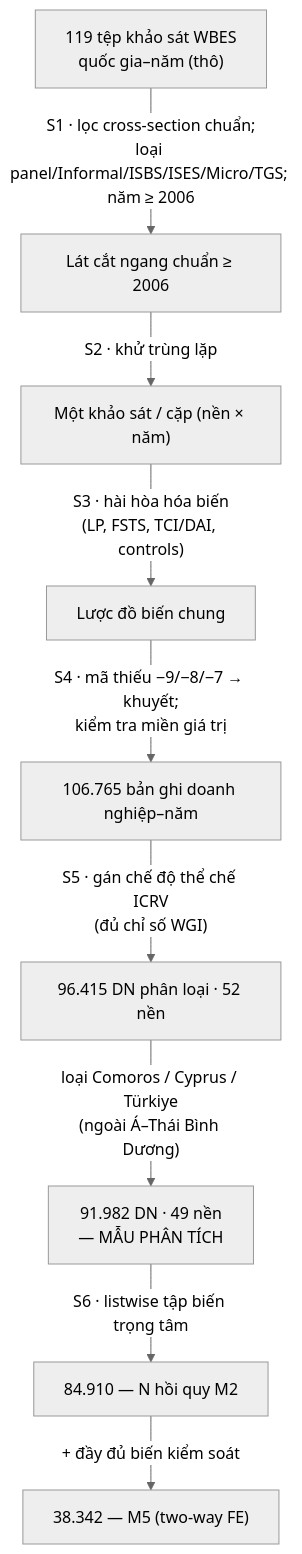
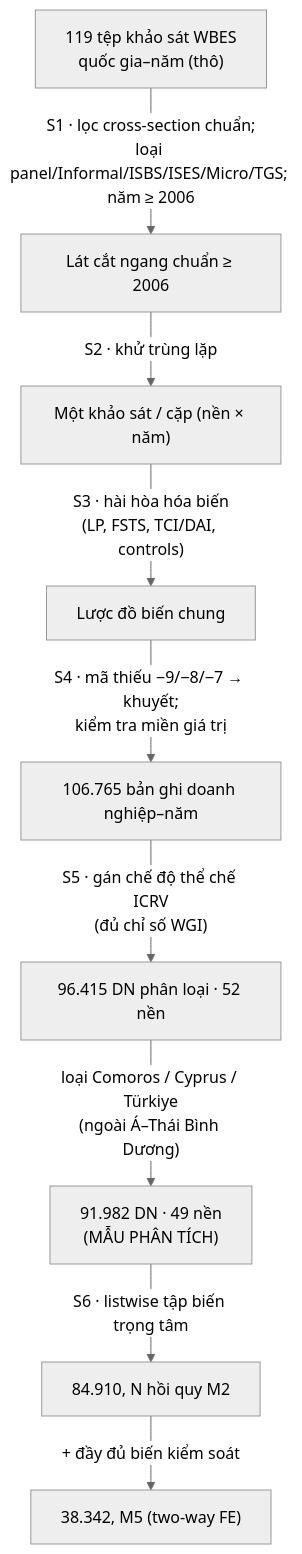
One commit to thuyhuongctu-cell/my_thesis_phd_candidate_26 changed the diagram in thesis/phu_luc_A_hop_nhat_du_lieu_vi.md. Above: the diagram before and after it, drawn with Mermaid (neutral theme). The commit also changed other lines of this file and 34 other files, not shown here.

````diff
--- a/thesis/phu_luc_A_hop_nhat_du_lieu_vi.md
+++ b/thesis/phu_luc_A_hop_nhat_du_lieu_vi.md
@@ -75,11 +75,11 @@
 ```mermaid
 flowchart TD
     A["119 tệp khảo sát WBES<br/>quốc gia–năm (thô)"] -->|"S1 · lọc cross-section chuẩn;<br/>loại panel/Informal/ISBS/ISES/Micro/TGS; năm ≥ 2006"| B["Lát cắt ngang chuẩn ≥ 2006"]
     B -->|"S2 · khử trùng lặp"| C["Một khảo sát / cặp (nền × năm)"]
     C -->|"S3 · hài hòa hóa biến<br/>(LP, FSTS, TCI/DAI, controls)"| D["Lược đồ biến chung"]
     D -->|"S4 · mã thiếu −9/−8/−7 → khuyết;<br/>kiểm tra miền giá trị"| E["106.765 bản ghi doanh nghiệp–năm"]
     E -->|"S5 · gán chế độ thể chế ICRV<br/>(đủ chỉ số WGI)"| F["96.415 DN phân loại · 52 nền"]
-    F -->|"loại Comoros / Cyprus / Türkiye<br/>(ngoài Á–Thái Bình Dương)"| G["91.982 DN · 49 nền<br/>— MẪU PHÂN TÍCH"]
-    G -->|"S6 · listwise tập biến trọng tâm"| H["84.910 — N hồi quy M2"]
-    H -->|"+ đầy đủ biến kiểm soát"| I["38.342 — M5 (two-way FE)"]
+    F -->|"loại Comoros / Cyprus / Türkiye<br/>(ngoài Á–Thái Bình Dương)"| G["91.982 DN · 49 nền<br/>(MẪU PHÂN TÍCH)"]
+    G -->|"S6 · listwise tập biến trọng tâm"| H["84.910, N hồi quy M2"]
+    H -->|"+ đầy đủ biến kiểm soát"| I["38.342, M5 (two-way FE)"]
 ```
````
